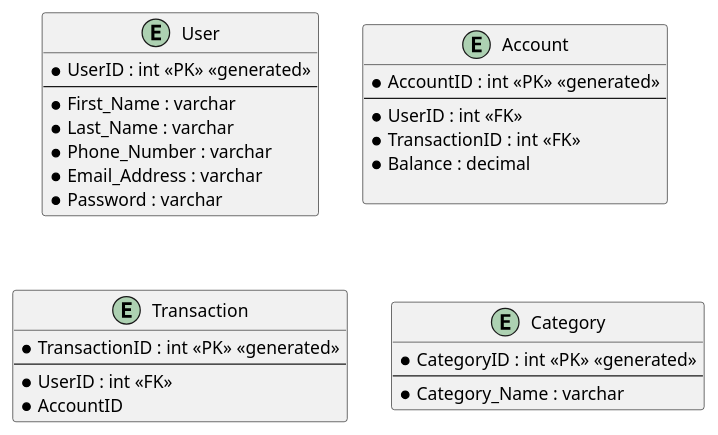
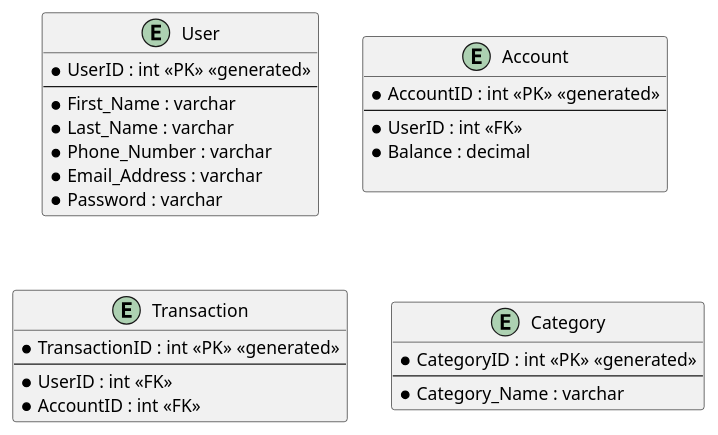
Before and after one commit to J-M-Bell/ArcherFinancial: the diagram in Docs/3. Design/AF Diagrams/DBER/AF DBER.puml, drawn with PlantUML.

Commit message:
updated DBER diagram

```diff
--- a/Docs/3. Design/AF Diagrams/DBER/AF DBER.puml
+++ b/Docs/3. Design/AF Diagrams/DBER/AF DBER.puml
@@ -3,50 +3,49 @@
 @startuml Archer Financial DBER
 
 'groups two or more similar arrows together
 skinparam groupInheritance 2
 
 'Entities
 entity User {
 * UserID : int <<PK>> <<generated>>
 --
 * First_Name : varchar
 * Last_Name : varchar
 * Phone_Number : varchar
 * Email_Address : varchar
 * Password : varchar
 }
 
 entity Account {
 * AccountID : int <<PK>> <<generated>>
 --
 * UserID : int <<FK>>
-* TransactionID : int <<FK>>
 * Balance : decimal 
 
 }
 
 entity Transaction {
 * TransactionID : int <<PK>> <<generated>>
 --
 * UserID : int <<FK>>
-* AccountID
+* AccountID : int <<FK>>
 }
 
 entity Category {
 * CategoryID : int <<PK>> <<generated>>
 --
 * Category_Name : varchar
 }
 'Relationship-Based Entities
 
 
 'Entity-Entity Arrows 
 'Including: Composition, Aggregation, and Extension/Inheritance [superclass notation])
 
 
 
 'Entity-Relationship Arrows 
 'Entity --> Relationship
 
 
 @enduml
```
